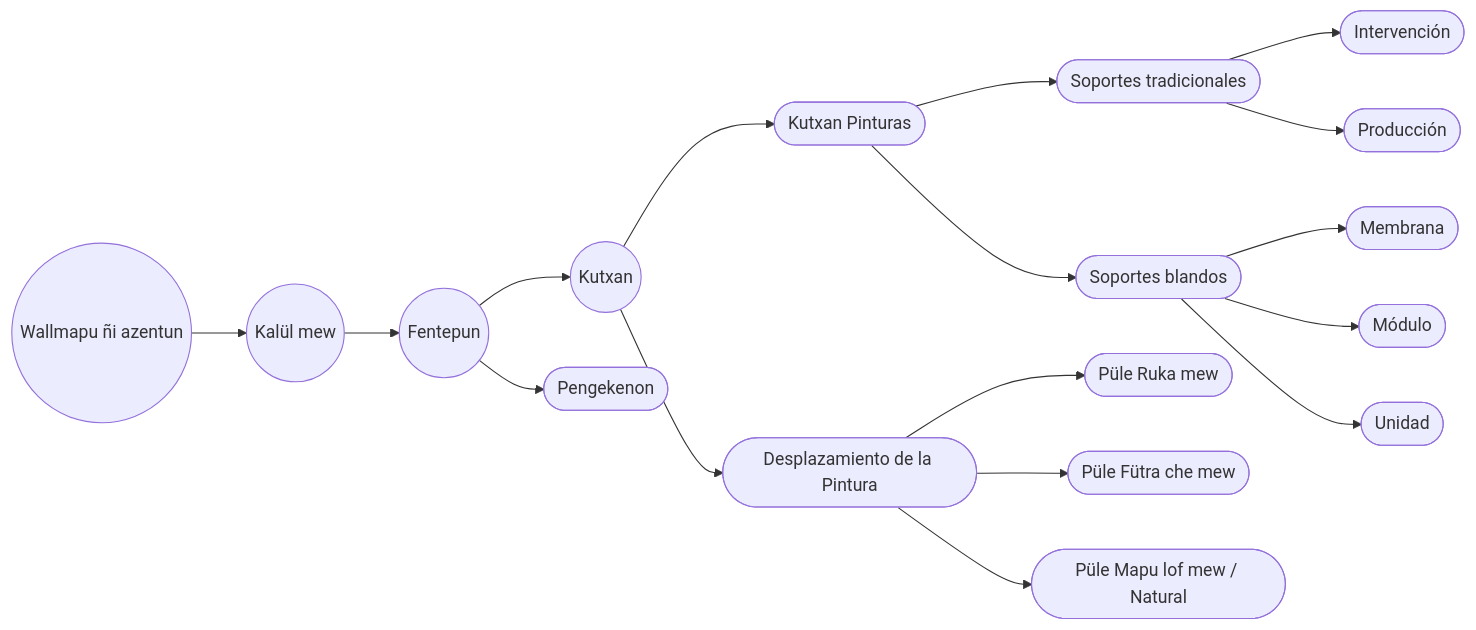
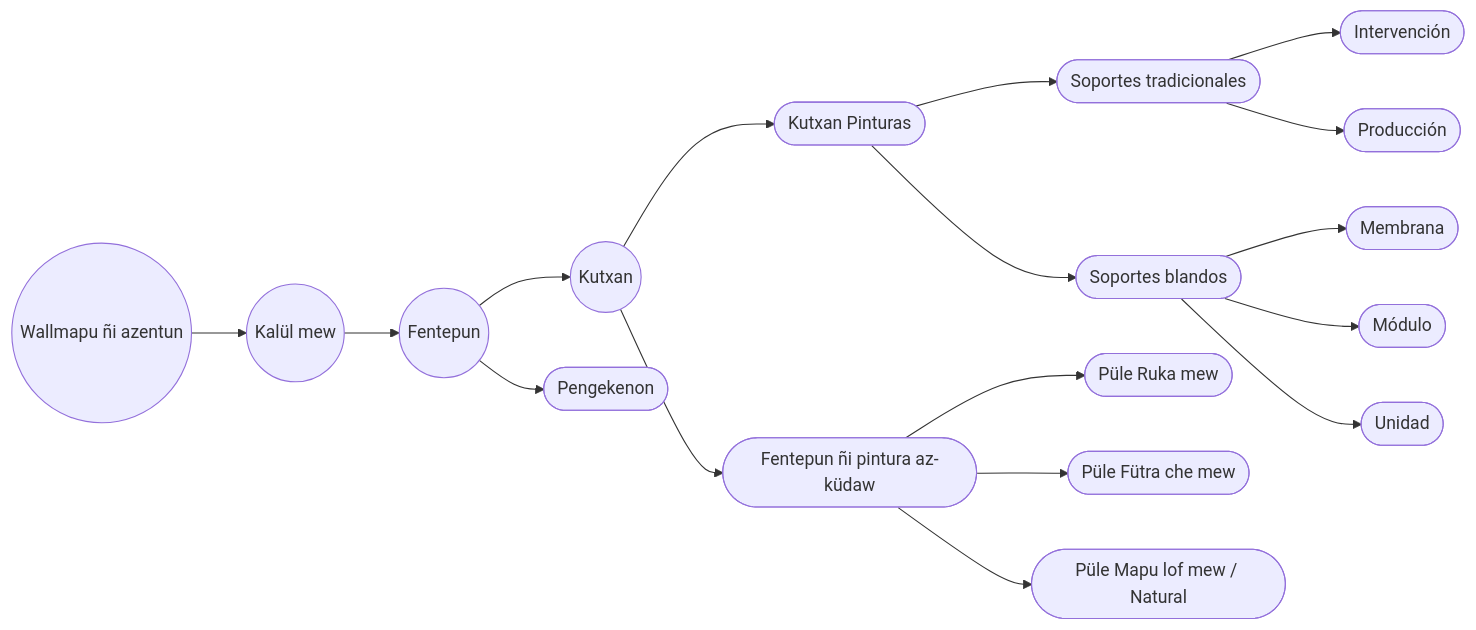
The diagram in MPD/la-peste.md (EGGS-Artesvisuales/EGGS-Artesvisuales.github.io), drawn with Mermaid before and after one commit. The commit also changed other lines of this file and 41 other files, not shown here.

```diff
--- a/MPD/la-peste.md
+++ b/MPD/la-peste.md
@@ -49,51 +49,51 @@
 <div class="mermaid">
 flowchart LR
   %% --- Macroestructura ---
   Z(("Wallmapu ñi azentun")) --> Y(("Kalül mew"))
   Y --> A(("Fentepun"))
   A --> B(("Kutxan"))
   A --> X(["Pengekenon"])
 
   %% --- Rama: Kutxan / Kutxan Pinturas ---
   B --> C(["Kutxan Pinturas"])
 
   %% Soportes tradicionales
   C --> D(["Soportes tradicionales"])
   D --> D1(["Intervención"])
   D --> D2(["Producción"])
 
   %% Soportes blandos
   C --> E(["Soportes blandos"])
   E --> E1(["Membrana"])
   E --> E2(["Módulo"])
   E --> E3(["Unidad"])
 
-  %% --- Rama: Desplazamiento de la Pintura ---
-  B --> F(["Desplazamiento de la Pintura"])
+  %% --- Rama: Fentepun ñi pintura az-küdaw ---
+  B --> F(["Fentepun ñi pintura az-küdaw"])
   F --> F1(["Püle Ruka mew"])
   F --> F2(["Püle Fütra che mew"])
   F --> F3(["Püle Mapu lof mew / Natural"])
 
   %% --- Links ---
   click Z "/MPD/mundo-exterior.html" "Adkintun: Wallmapu ñi azentun"
   click Y "/MPD/tangible.html" "Adkintun: Kalül mew"
   click A "/MPD/saturacion.html" "Adkintun: Fentepun"
   click B "/MPD/la-peste.html" "Adkintun: Kutxan"
   click X "/MPD/lo-invisible.html" "Adkintun: Pengekenon"
 
   click C "/MPD/peste-pinturas-infectadas.html" "Adkintun: Kutxan Pinturas"
 
   click D "/MPD/peste-pinturas-infectadas.html#soportes-tradicionales" "Amun: Soportes Tradicionales"
   click D1 "/MPD/peste-pinturas-infectadas.html#intervenciones" "Amun: Intervenciones"
   click D2 "/MPD/peste-pinturas-infectadas.html#producciones" "Amun: Producciones"
 
   click E "/MPD/peste-pinturas-infectadas.html#soportes-blandos" "Amun: Soportes Blandos"
   click E1 "/MPD/peste-pinturas-infectadas.html#membranas" "Amun: Membranas"
   click E2 "/MPD/peste-pinturas-infectadas.html#modulos" "Amun: Módulos"
   click E3 "/MPD/peste-pinturas-infectadas.html#unidades" "Amun: Unidades"
 
-  click F "/MPD/desplazamiento-pintura.html" "Amun: Desplazamiento de la Pintura"
+  click F "/MPD/desplazamiento-pintura.html" "Amun: Fentepun ñi pintura az-küdaw"
   click F1 "/MPD/espacio-domestico.html" "Amun: Püle Ruka mew"
   click F2 "/MPD/espacio-publico.html" "Amun: Püle Fütra che mew"
   click F3 "/MPD/espacio-rural.html" "Amun: Püle Mapu lof mew / Natural"
 </div>
```
